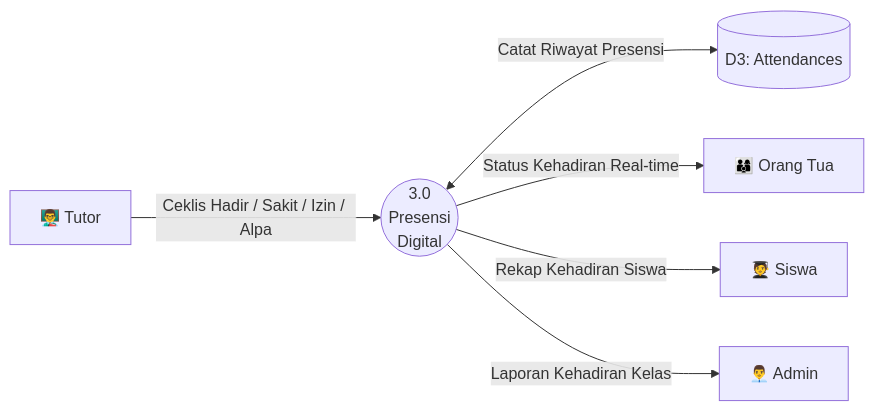
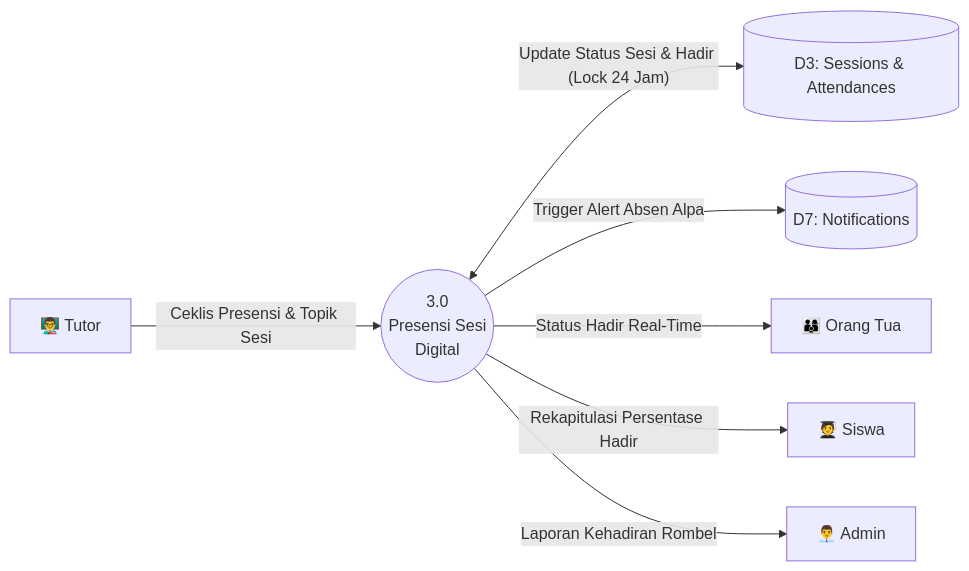
The fourth of 6 diagrams in dfd/dfd_level_1.md (mohyusfi/bimbel-rpl), drawn with Mermaid before and after one commit. The commit also changed other lines of this file and 30 other files, not shown here.

````diff
--- a/dfd/dfd_level_1.md
+++ b/dfd/dfd_level_1.md
@@ -85,8 +101,9 @@
 ```mermaid
 flowchart LR
-    Tutor["👨‍🏫 Tutor"] -->|"Ceklis Hadir / Sakit / Izin / Alpa"| P3(("3.0<br/>Presensi<br/>Digital"))
-    P3 <-->|"Catat Riwayat Presensi"| D3[("D3: Attendances")]
-    P3 -->|"Status Kehadiran Real-time"| Ortu["👨‍👩‍👦 Orang Tua"]
-    P3 -->|"Rekap Kehadiran Siswa"| Siswa["🧑‍🎓 Siswa"]
-    P3 -->|"Laporan Kehadiran Kelas"| Admin["👨‍💼 Admin"]
+    Tutor["👨‍🏫 Tutor"] -->|"Ceklis Presensi & Topik Sesi"| P3(("3.0<br/>Presensi Sesi<br/>Digital"))
+    P3 <-->|"Update Status Sesi & Hadir (Lock 24 Jam)"| D3[("D3: Sessions & Attendances")]
+    P3 -->|"Trigger Alert Absen Alpa"| D7[("D7: Notifications")]
+    P3 -->|"Status Hadir Real-Time"| Ortu["👨‍👩‍👦 Orang Tua"]
+    P3 -->|"Rekapitulasi Persentase Hadir"| Siswa["🧑‍🎓 Siswa"]
+    P3 -->|"Laporan Kehadiran Rombel"| Admin["👨‍💼 Admin"]
 ```
````
